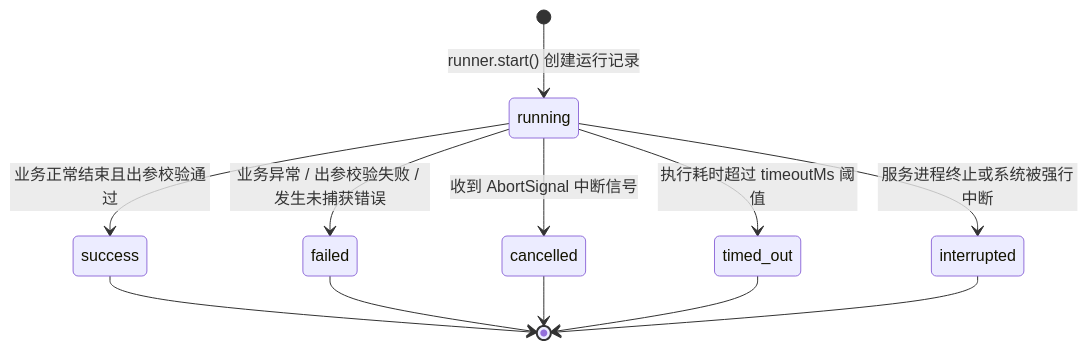
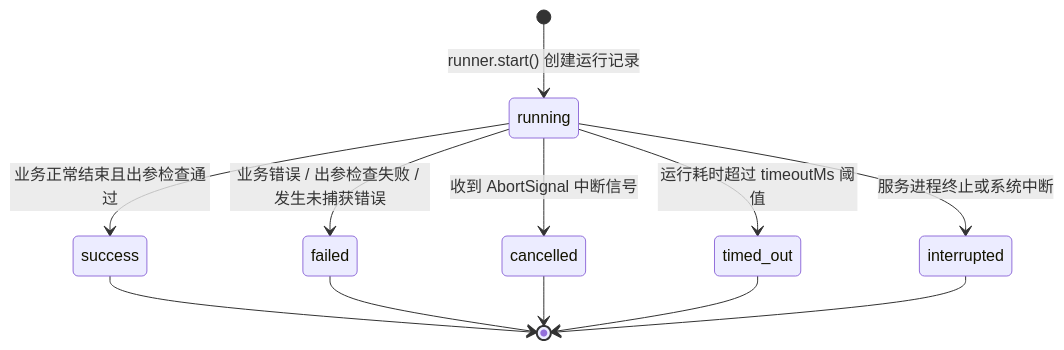
One commit to team4u/actiondock changed the third of 3 diagrams in docs/architecture/runtime.md. Above: the diagram before and after it, drawn with Mermaid. The commit also changed other lines of this file and 52 other files, not shown here.

````diff
--- a/docs/architecture/runtime.md
+++ b/docs/architecture/runtime.md
@@ -202,16 +209,16 @@
 ```mermaid
 stateDiagram-v2
     [*] --> running: runner.start() 创建运行记录
 
-    running --> success: 业务正常结束且出参校验通过
-    running --> failed: 业务异常 / 出参校验失败 / 发生未捕获错误
+    running --> success: 业务正常结束且出参检查通过
+    running --> failed: 业务错误 / 出参检查失败 / 发生未捕获错误
     running --> cancelled: 收到 AbortSignal 中断信号
-    running --> timed_out: 执行耗时超过 timeoutMs 阈值
-    running --> interrupted: 服务进程终止或系统被强行中断
+    running --> timed_out: 运行耗时超过 timeoutMs 阈值
+    running --> interrupted: 服务进程终止或系统中断
 
     success --> [*]
     failed --> [*]
     cancelled --> [*]
     timed_out --> [*]
     interrupted --> [*]
 ```
````
